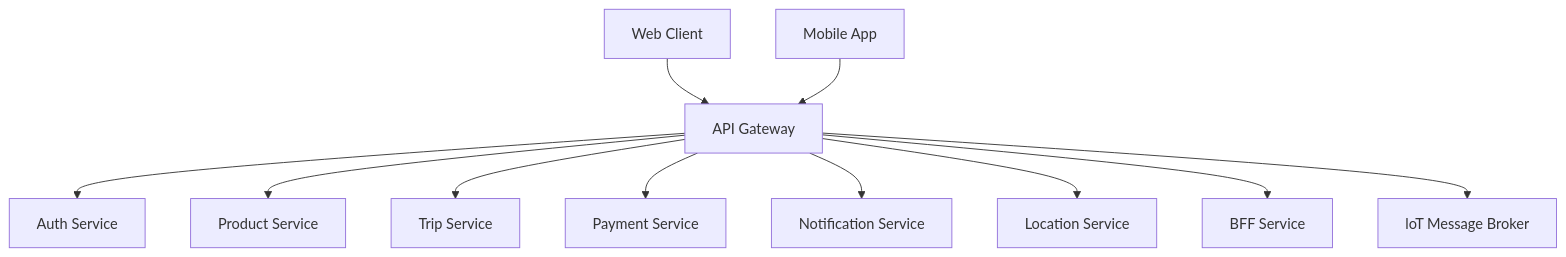
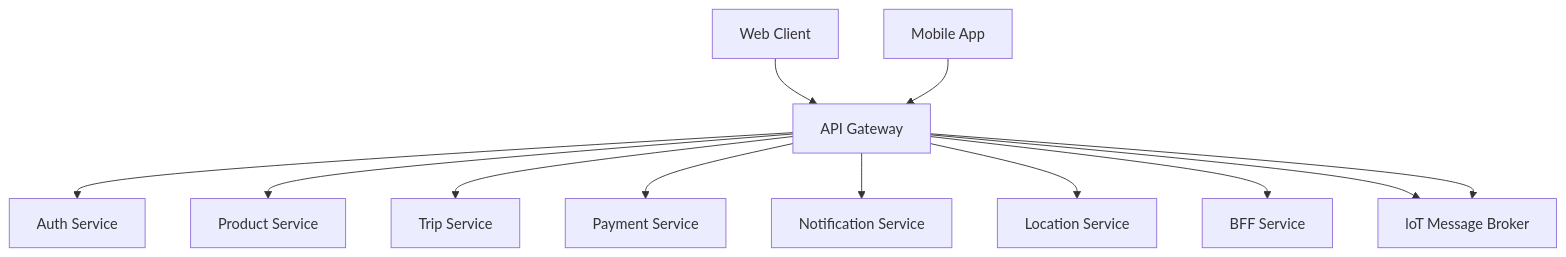
One commit to sinitsina098-hash/new-catalog changed the diagram in arkhitekturnoe-kata-prakticheskoe-rukovodstv/shering-elektrosamokatov/arkhitekturnoe-kata-2.mermaid. Above: the diagram before and after it, drawn with Mermaid. The commit also changed 1 other file, not shown here.

```diff
--- a/arkhitekturnoe-kata-prakticheskoe-rukovodstv/shering-elektrosamokatov/arkhitekturnoe-kata-2.mermaid
+++ b/arkhitekturnoe-kata-prakticheskoe-rukovodstv/shering-elektrosamokatov/arkhitekturnoe-kata-2.mermaid
@@ -1,11 +1,12 @@
 graph TD
     WEB[Web Client] --> API[API Gateway]
     MOB[Mobile App] --> API
     API --> AUTH[Auth Service]
     API --> PROD[Product Service]
     API --> Trip[Trip Service]
     API --> PAYMENT[Payment Service]
     API --> NOTIFY[Notification Service]
     API --> Location[Location Service]
     API --> BFF[BFF Service] 
     API --> loT[loT Message Broker]
+    API --> loT[loT Message Broker]
```
